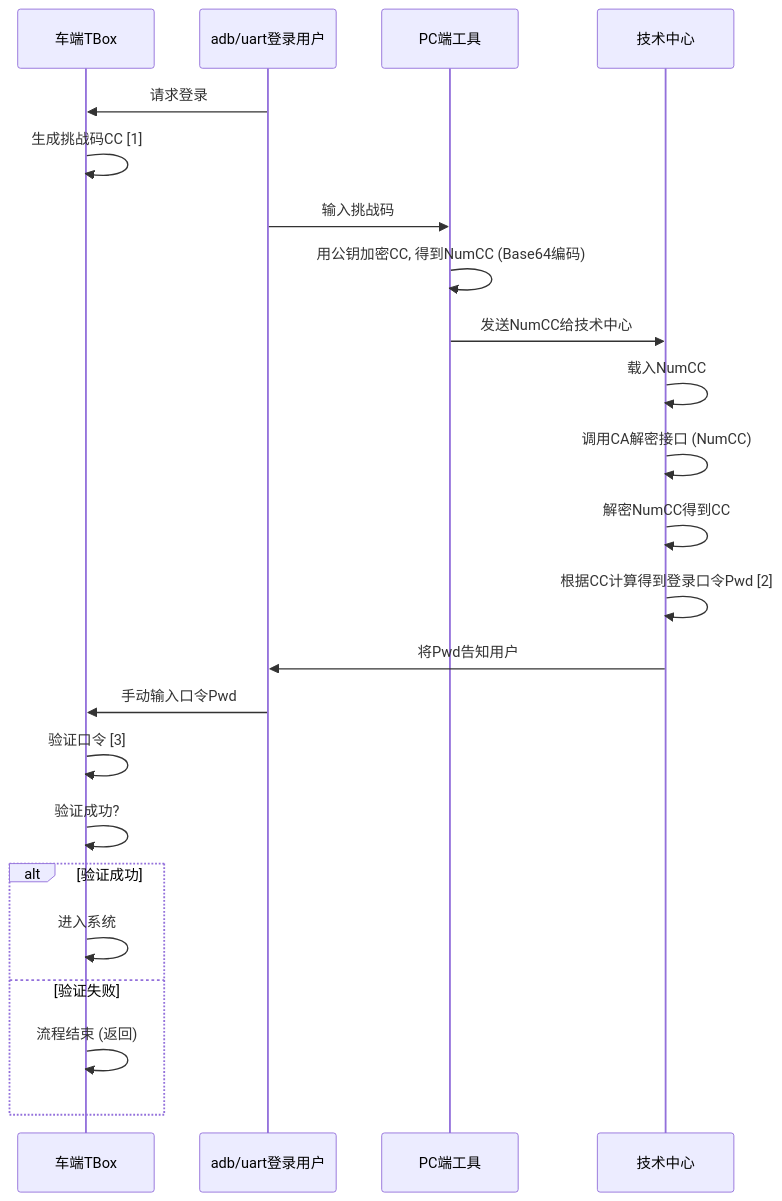
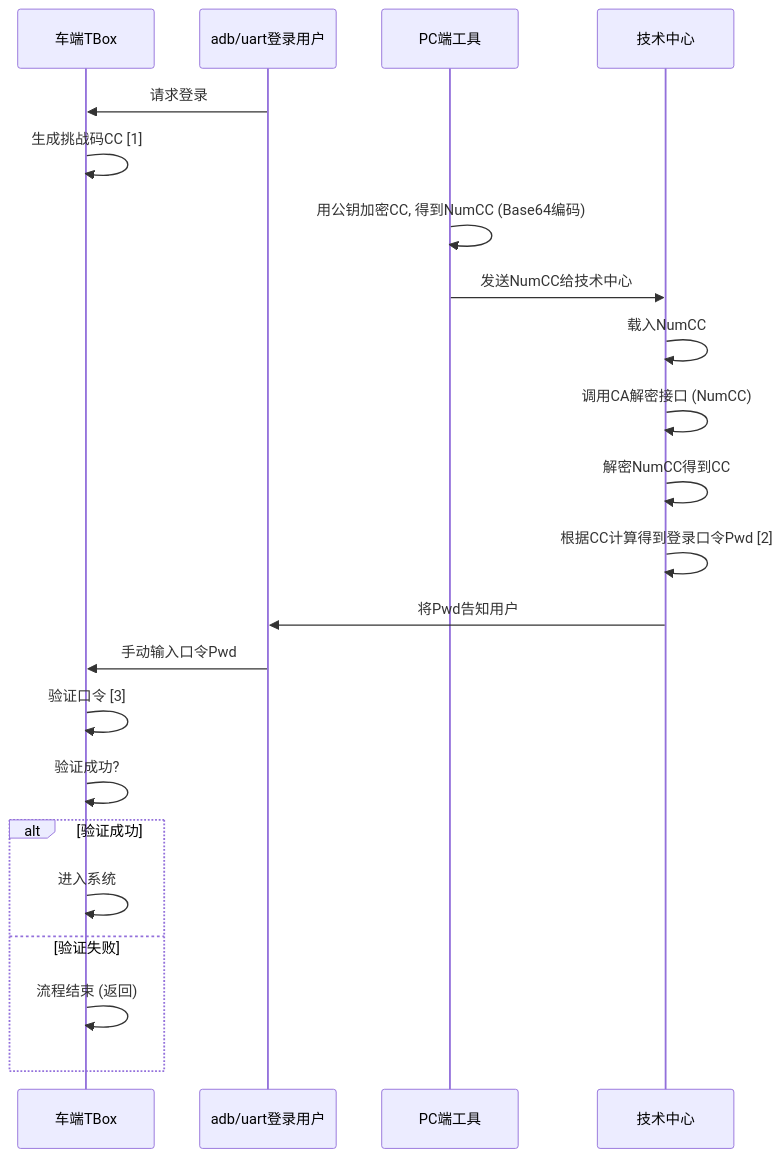
Before and after one commit to facebook-cloud/iodraw-files: the diagram in all/未命名-13.md, drawn with Mermaid.

Commit message:
2026-01-26 18:37:47 update

````diff
--- a/all/未命名-13.md
+++ b/all/未命名-13.md
@@ -1,29 +1,29 @@
 ```mermaid
 sequenceDiagram
     participant tbox as 车端TBox
     participant user as adb/uart登录用户
     participant pc as PC端工具
     participant tech_center as 技术中心
   
 
     user->>tbox: 请求登录
     tbox->>tbox: 生成挑战码CC [1]
-    user->>pc: 输入挑战码
+    
     pc->>pc: 用公钥加密CC, 得到NumCC (Base64编码)
     pc->>tech_center: 发送NumCC给技术中心
     tech_center->>tech_center: 载入NumCC
     tech_center->>tech_center: 调用CA解密接口 (NumCC)
     tech_center->>tech_center: 解密NumCC得到CC
     tech_center->>tech_center: 根据CC计算得到登录口令Pwd [2]
     tech_center->>user: 将Pwd告知用户
     user->>tbox: 手动输入口令Pwd
     tbox->>tbox: 验证口令 [3]
     tbox->>tbox: 验证成功?
     alt 验证成功
         tbox->>tbox: 进入系统
     else 验证失败
         tbox->>tbox: 流程结束 (返回)
     end
 
 
 ```
````
